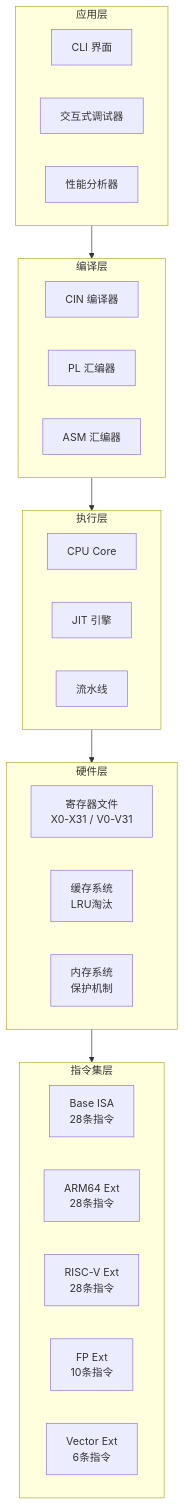
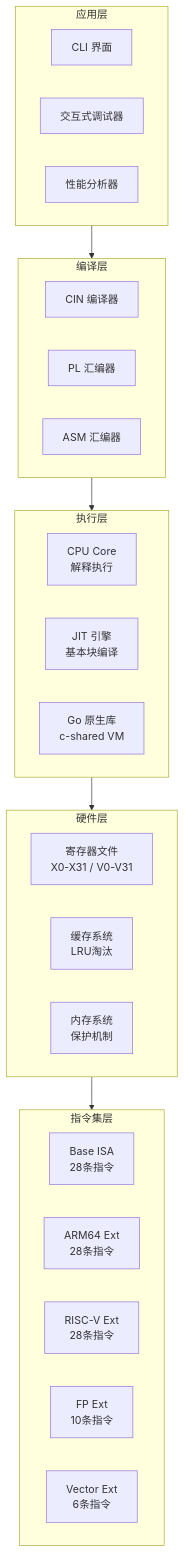
Before and after one commit to ByUsiStudio/UCPU: the third of 19 diagrams in README.md, drawn with Mermaid. The commit also changed other lines of this file and 2 other files, not shown here.

````diff
--- a/README.md
+++ b/README.md
@@ -96,36 +107,36 @@
 ```mermaid
 flowchart TB
     subgraph APP[应用层]
         CLI[CLI 界面]
         DBG[交互式调试器]
         PRF[性能分析器]
     end
     
     subgraph COMP[编译层]
         CIN[CIN 编译器]
         PL[PL 汇编器]
         ASM[ASM 汇编器]
     end
     
     subgraph EXEC[执行层]
-        CORE[CPU Core]
-        JIT[JIT 引擎]
-        PIPE[流水线]
+        CORE[CPU Core<br/>解释执行]
+        JIT[JIT 引擎<br/>基本块编译]
+        NATIVE[Go 原生库<br/>c-shared VM]
     end
-    
+
     subgraph HW[硬件层]
         REG[寄存器文件<br/>X0-X31 / V0-V31]
         CACHE[缓存系统<br/>LRU淘汰]
         MEM[内存系统<br/>保护机制]
     end
     
     subgraph ISA[指令集层]
         BASE[Base ISA<br/>28条指令]
         ARM64[ARM64 Ext<br/>28条指令]
         RISCV[RISC-V Ext<br/>28条指令]
         FP[FP Ext<br/>10条指令]
         VEC[Vector Ext<br/>6条指令]
     end
     
     APP --> COMP --> EXEC --> HW --> ISA
 ```
````
